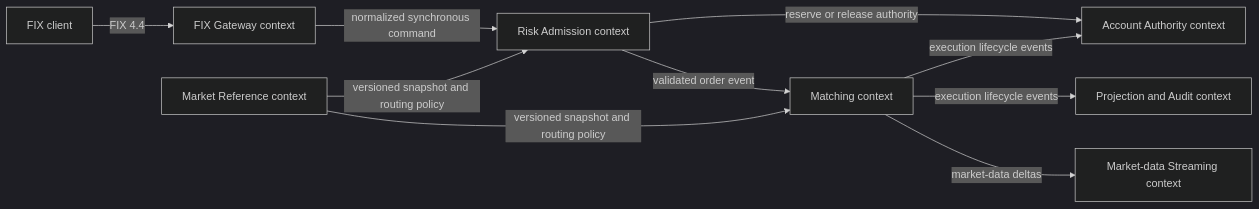
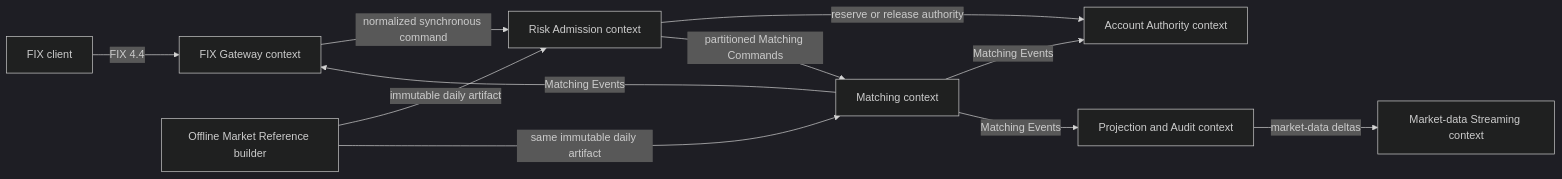
The diagram in CONTEXT.md (WenHsuanYu/SimpleMatch), drawn with Mermaid (dark theme) before and after one commit. The commit also changed other lines of this file and 23 other files, not shown here.

First line of the commit message:
Define Phase 1 trading architecture

````diff
--- a/CONTEXT.md
+++ b/CONTEXT.md
@@ -11,12 +11,13 @@
 ```mermaid
 flowchart LR
     Client[FIX client] -->|FIX 4.4| Gateway[FIX Gateway context]
     Gateway -->|normalized synchronous command| Risk[Risk Admission context]
     Risk -->|reserve or release authority| Account[Account Authority context]
-    Risk -->|validated order event| Matching[Matching context]
-    Market[Market Reference context] -->|versioned snapshot and routing policy| Risk
-    Market -->|versioned snapshot and routing policy| Matching
-    Matching -->|execution lifecycle events| Account
-    Matching -->|execution lifecycle events| Projection[Projection and Audit context]
-    Matching -->|market-data deltas| Streaming[Market-data Streaming context]
+    Artifact[Offline Market Reference builder] -->|immutable daily artifact| Risk
+    Artifact -->|same immutable daily artifact| Matching[Matching context]
+    Risk -->|partitioned Matching Commands| Matching
+    Matching -->|Matching Events| Account
+    Matching -->|Matching Events| Projection[Projection and Audit context]
+    Matching -->|Matching Events| Gateway
+    Projection -->|market-data deltas| Streaming[Market-data Streaming context]
 ```
````
